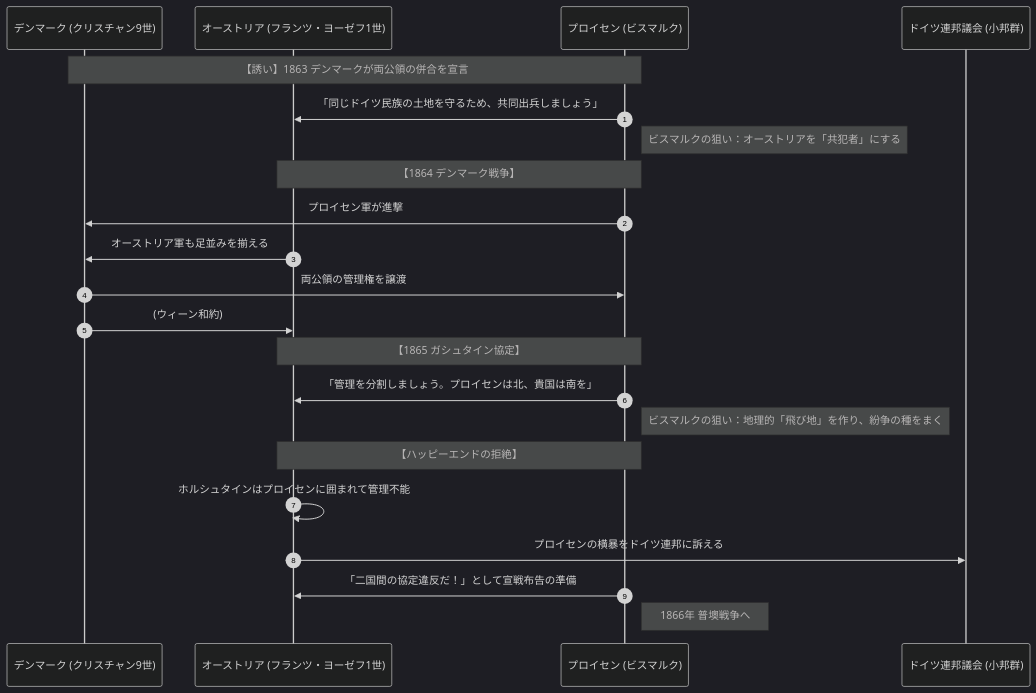
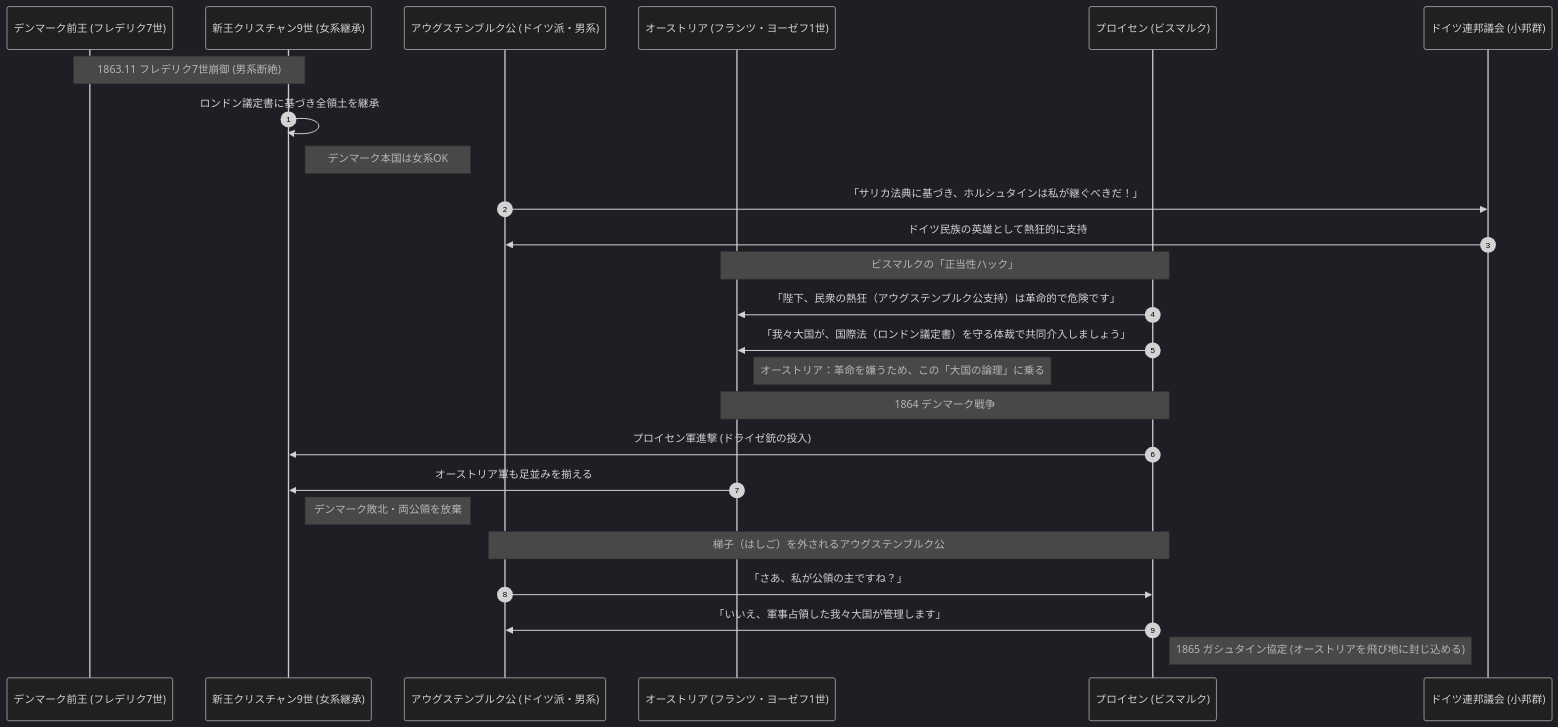
Before and after one commit to aokicreativeoffice/AokiCreativeOfficeGTD: the diagram in 02_zettelkasten/21_domain/history/structure/シュレスヴィヒ=ホルシュタイン問題.md, drawn with Mermaid (dark theme).

Commit message:
vault backup: 2026-03-26 09:42:04

````diff
--- a/02_zettelkasten/21_domain/history/structure/シュレスヴィヒ=ホルシュタイン問題.md
+++ b/02_zettelkasten/21_domain/history/structure/シュレスヴィヒ=ホルシュタイン問題.md
@@ -26,28 +26,32 @@
 ```mermaid
 sequenceDiagram
     autonumber
-    participant Den as デンマーク (クリスチャン9世)
+    participant DK_Old as デンマーク前王 (フレデリク7世)
+    participant DK_New as 新王クリスチャン9世 (女系継承)
+    participant Aug as アウグステンブルク公 (ドイツ派・男系)
     participant Aut as オーストリア (フランツ・ヨーゼフ1世)
     participant Pru as プロイセン (ビスマルク)
     participant Diet as ドイツ連邦議会 (小邦群)
 
-    Note over Den, Pru: 【誘い】1863 デンマークが両公領の併合を宣言
-    Pru->>Aut: 「同じドイツ民族の土地を守るため、共同出兵しましょう」
-    Note right of Pru: ビスマルクの狙い：オーストリアを「共犯者」にする
+    Note over DK_Old, DK_New: 1863.11 フレデリク7世崩御 (男系断絶)
+    DK_New->>DK_New: ロンドン議定書に基づき全領土を継承
+    Note right of DK_New: デンマーク本国は女系OK
     
-    Note over Pru, Aut: 【1864 デンマーク戦争】
-    Pru->>Den: プロイセン軍が進撃
-    Aut->>Den: オーストリア軍も足並みを揃える
-    Den->>Pru: 両公領の管理権を譲渡
-    Den->>Aut: (ウィーン和約)
-
-    Note over Pru, Aut: 【1865 ガシュタイン協定】
-    Pru->>Aut: 「管理を分割しましょう。プロイセンは北、貴国は南を」
-    Note right of Pru: ビスマルクの狙い：地理的「飛び地」を作り、紛争の種をまく
+    Aug->>Diet: 「サリカ法典に基づき、ホルシュタインは私が継ぐべきだ！」
+    Diet->>Aug: ドイツ民族の英雄として熱狂的に支持
     
-    Note over Aut, Pru: 【ハッピーエンドの拒絶】
-    Aut->>Aut: ホルシュタインはプロイセンに囲まれて管理不能
-    Aut->>Diet: プロイセンの横暴をドイツ連邦に訴える
-    Pru->>Aut: 「二国間の協定違反だ！」として宣戦布告の準備
-    Note right of Pru: 1866年 普墺戦争へ
+    Note over Pru, Aut: ビスマルクの「正当性ハック」
+    Pru->>Aut: 「陛下、民衆の熱狂（アウグステンブルク公支持）は革命的で危険です」
+    Pru->>Aut: 「我々大国が、国際法（ロンドン議定書）を守る体裁で共同介入しましょう」
+    Note right of Aut: オーストリア：革命を嫌うため、この「大国の論理」に乗る
+    
+    Note over Pru, Aut: 1864 デンマーク戦争
+    Pru->>DK_New: プロイセン軍進撃 (ドライゼ銃の投入)
+    Aut->>DK_New: オーストリア軍も足並みを揃える
+    Note right of DK_New: デンマーク敗北・両公領を放棄
+    
+    Note over Pru, Aug: 梯子（はしご）を外されるアウグステンブルク公
+    Aug->>Pru: 「さあ、私が公領の主ですね？」
+    Pru->>Aug: 「いいえ、軍事占領した我々大国が管理します」
+    Note right of Pru: 1865 ガシュタイン協定 (オーストリアを飛び地に封じ込める)
 ```
````
